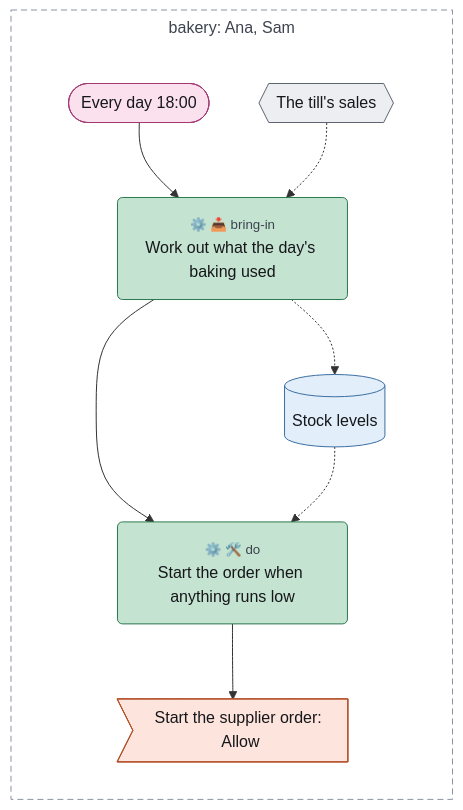
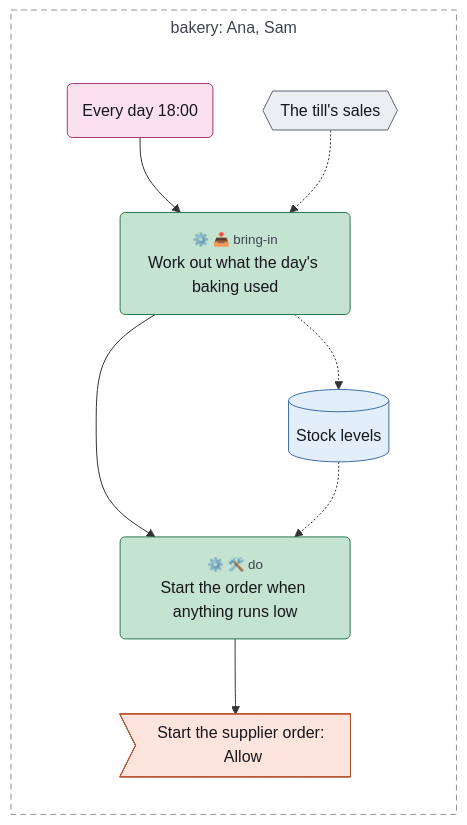
The diagram in examples/bakery-stock.mmd (chrismdp/awml), drawn with Mermaid before and after one commit. The commit also changed 91 other files, not shown here.

```diff
--- a/examples/bakery-stock.mmd
+++ b/examples/bakery-stock.mmd
@@ -1,42 +1,42 @@
 ---
 config:
   theme: default
   fontFamily: Inter, sans-serif
   flowchart:
     useMaxWidth: false
     subGraphTitleMargin:
       top: 6
       bottom: 30
 ---
 flowchart TB
   subgraph bakery["bakery#58; Ana#44; Sam"]
     direction TB
-    close(["Every day 18#58;00"])
+    close("Every day 18#58;00")
     till{{"The till#39;s sales"}}
     count("<small style='color:rgb(61,67,79)'>⚙️ 📥 bring-in</small><br>Work out what the day#39;s baking used")
     stock[("Stock levels")]
     tell("<small style='color:rgb(61,67,79)'>⚙️ 🛠️ do</small><br>Start the order when anything runs low")
     start>"Start the supplier order#58; Allow"]
   end
 
   close --> count
   till -.-> count
   count -.-> stock
   count --> tell
   stock -.-> tell
   tell --> start
   classDef trig fill:#fbe1ee,stroke:#a33a74,color:#16171b
   classDef ctx fill:#e2eef9,stroke:#3d6fa3,color:#16171b
   classDef con fill:#eceef2,stroke:#5d6472,color:#16171b
   classDef surf fill:#ffffff,stroke:#2a2d35,stroke-width:1.5px,color:#16171b
   classDef out fill:#fde4dc,stroke:#b5532f,color:#16171b
   classDef ai fill:#cdd3fb,stroke:#3b4bb0,color:#16171b
   classDef code fill:#c4e3d1,stroke:#2b7a4f,color:#16171b
   classDef person fill:#f7d79a,stroke:#9a6100,color:#16171b
   classDef gap fill:#ffffff,stroke:#8a93a3,stroke-dasharray:4 3,color:#6b7280
   class close trig
   class stock ctx
   class till con
   class start out
   class count,tell code
   style bakery fill:transparent,stroke:#8a93a3,stroke-dasharray:6 4,color:#3d434f
```
